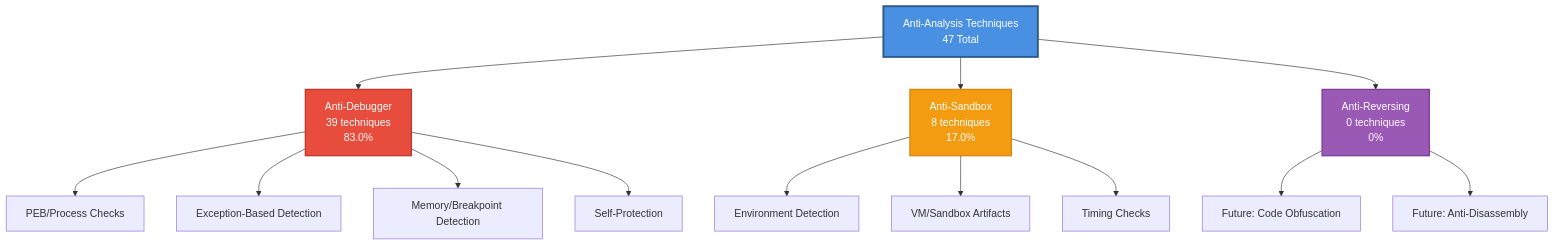
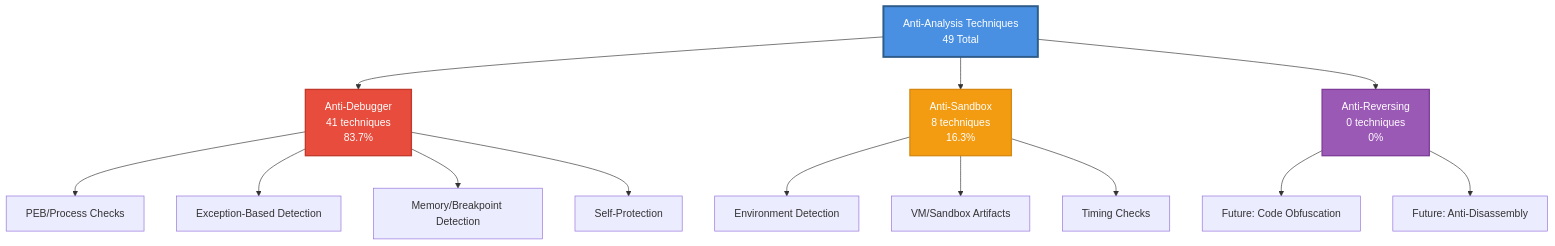
The diagram in README.md (mabj/anti), drawn with Mermaid before and after one commit. The commit also changed other lines of this file and 12 other files, not shown here.

Commit message:
Adding two new Anti-debugger techniques AD040 and AD041

````diff
--- a/README.md
+++ b/README.md
@@ -69,23 +69,23 @@
 ```mermaid
 graph TB
-    A[Anti-Analysis Techniques<br/>47 Total] --> B[Anti-Debugger<br/>39 techniques<br/>83.0%]
-    A --> C[Anti-Sandbox<br/>8 techniques<br/>17.0%]
+    A[Anti-Analysis Techniques<br/>49 Total] --> B[Anti-Debugger<br/>41 techniques<br/>83.7%]
+    A --> C[Anti-Sandbox<br/>8 techniques<br/>16.3%]
     A --> D[Anti-Reversing<br/>0 techniques<br/>0%]
 
     B --> B1[PEB/Process Checks]
     B --> B2[Exception-Based Detection]
     B --> B3[Memory/Breakpoint Detection]
     B --> B4[Self-Protection]
 
     C --> C1[Environment Detection]
     C --> C2[VM/Sandbox Artifacts]
     C --> C3[Timing Checks]
 
     D --> D1[Future: Code Obfuscation]
     D --> D2[Future: Anti-Disassembly]
 
     style A fill:#4A90E2,stroke:#2E5C8A,stroke-width:3px,color:#fff
     style B fill:#E74C3C,stroke:#C0392B,stroke-width:2px,color:#fff
     style C fill:#F39C12,stroke:#D68910,stroke-width:2px,color:#fff
     style D fill:#9B59B6,stroke:#7D3C98,stroke-width:2px,color:#fff
 ```
````
